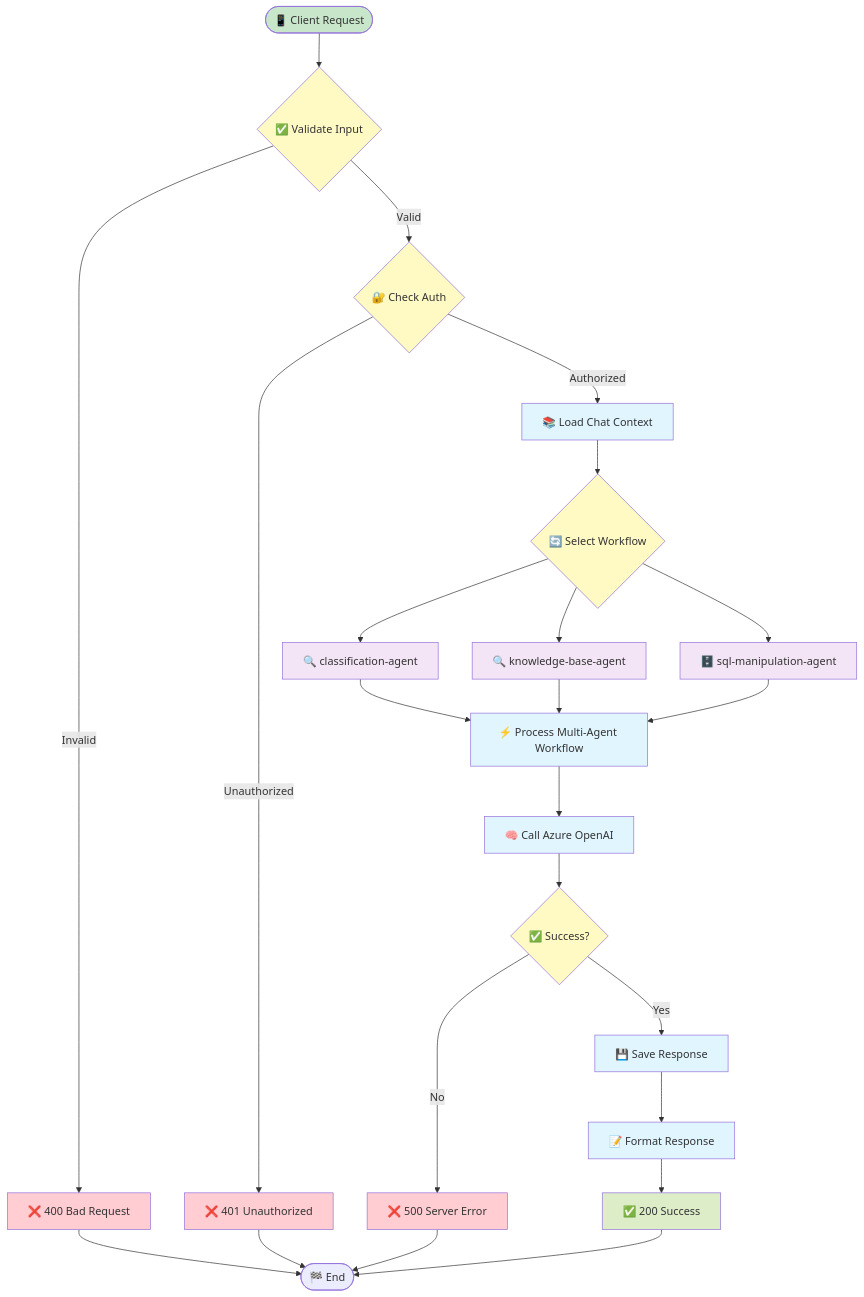
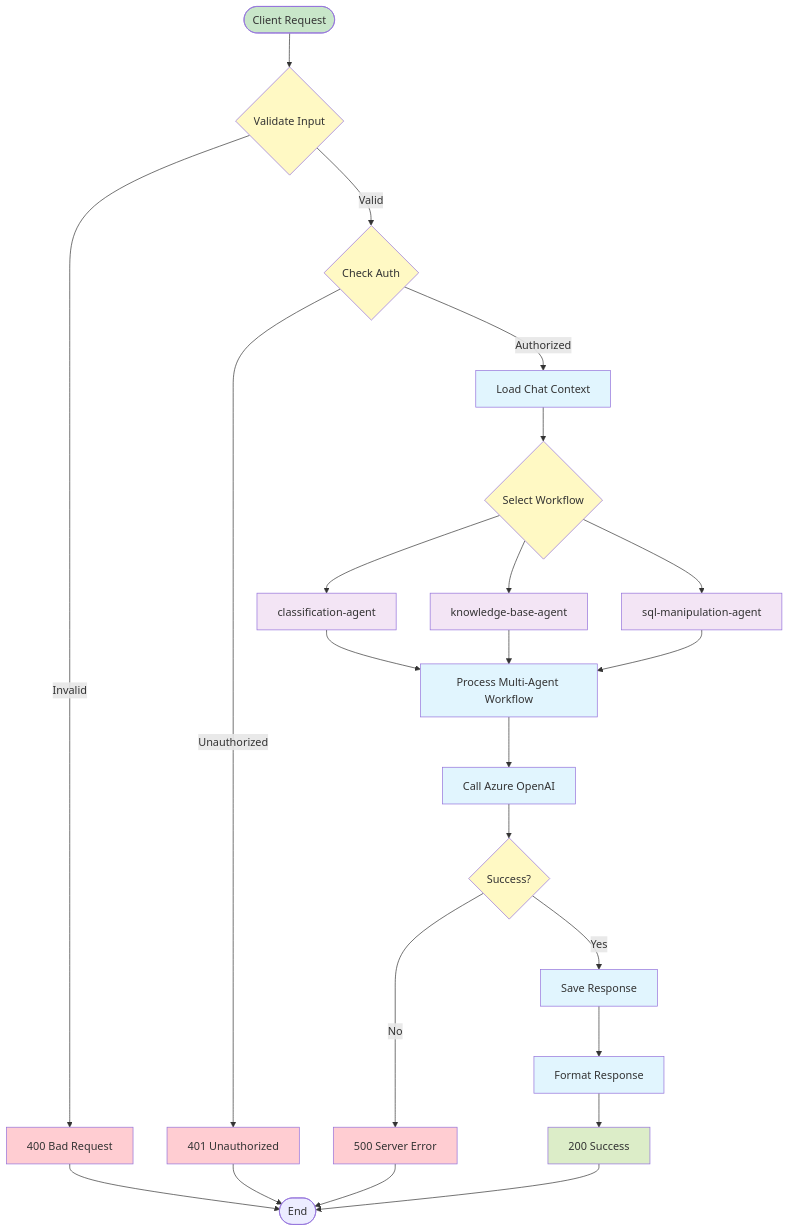
Before and after one commit to the-ingenious-dark-knight/Insight_Ingenious: the fourth of 6 diagrams in docs/api/README.md, drawn with Mermaid. The commit also changed other lines of this file and 4 other files, not shown here.

````diff
--- a/docs/api/README.md
+++ b/docs/api/README.md
@@ -155,46 +155,46 @@
 ```mermaid
 flowchart TD
-    START([📱 Client Request]) --> VALIDATE{✅ Validate Input}
-    VALIDATE -->|Valid| AUTH{🔐 Check Auth}
-    VALIDATE -->|Invalid| ERROR_400[❌ 400 Bad Request]
+    START([Client Request]) --> VALIDATE{Validate Input}
+    VALIDATE -->|Valid| AUTH{Check Auth}
+    VALIDATE -->|Invalid| ERROR_400[400 Bad Request]
 
-    AUTH -->|Authorized| LOAD_CONTEXT[📚 Load Chat Context]
-    AUTH -->|Unauthorized| ERROR_401[❌ 401 Unauthorized]
+    AUTH -->|Authorized| LOAD_CONTEXT[Load Chat Context]
+    AUTH -->|Unauthorized| ERROR_401[401 Unauthorized]
 
-    LOAD_CONTEXT --> SELECT_WORKFLOW{🔄 Select Workflow}
-    SELECT_WORKFLOW --> CLASSIFICATION[🔍 classification-agent]
-    SELECT_WORKFLOW --> KNOWLEDGE_BASE[🔍 knowledge-base-agent]
-    SELECT_WORKFLOW --> SQL_AGENT[🗄️ sql-manipulation-agent]
+    LOAD_CONTEXT --> SELECT_WORKFLOW{Select Workflow}
+    SELECT_WORKFLOW --> CLASSIFICATION[classification-agent]
+    SELECT_WORKFLOW --> KNOWLEDGE_BASE[knowledge-base-agent]
+    SELECT_WORKFLOW --> SQL_AGENT[sql-manipulation-agent]
 
-    CLASSIFICATION --> PROCESS_MESSAGE[⚡ Process Multi-Agent Workflow]
+    CLASSIFICATION --> PROCESS_MESSAGE[Process Multi-Agent Workflow]
     KNOWLEDGE_BASE --> PROCESS_MESSAGE
     SQL_AGENT --> PROCESS_MESSAGE
 
-    PROCESS_MESSAGE --> LLM_CALL[🧠 Call Azure OpenAI]
-    LLM_CALL --> SUCCESS{✅ Success?}
+    PROCESS_MESSAGE --> LLM_CALL[Call Azure OpenAI]
+    LLM_CALL --> SUCCESS{Success?}
 
-    SUCCESS -->|Yes| SAVE_RESPONSE[💾 Save Response]
-    SUCCESS -->|No| ERROR_500[❌ 500 Server Error]
+    SUCCESS -->|Yes| SAVE_RESPONSE[Save Response]
+    SUCCESS -->|No| ERROR_500[500 Server Error]
 
-    SAVE_RESPONSE --> FORMAT_RESPONSE[📝 Format Response]
-    FORMAT_RESPONSE --> RETURN_200[✅ 200 Success]
+    SAVE_RESPONSE --> FORMAT_RESPONSE[Format Response]
+    FORMAT_RESPONSE --> RETURN_200[200 Success]
 
-    ERROR_400 --> END([🏁 End])
+    ERROR_400 --> END([End])
     ERROR_401 --> END
     ERROR_500 --> END
     RETURN_200 --> END
 
     classDef start fill:#c8e6c9
     classDef process fill:#e1f5fe
     classDef decision fill:#fff9c4
     classDef workflow fill:#f3e5f5
     classDef success fill:#dcedc8
     classDef error fill:#ffcdd2
 
     class START start
     class LOAD_CONTEXT,PROCESS_MESSAGE,LLM_CALL,SAVE_RESPONSE,FORMAT_RESPONSE process
     class VALIDATE,AUTH,SELECT_WORKFLOW,SUCCESS decision
     class BIKE_INSIGHTS,CLASSIFICATION,KNOWLEDGE_BASE,SQL_AGENT workflow
     class RETURN_200 success
     class ERROR_400,ERROR_401,ERROR_500 error
 ```
````
